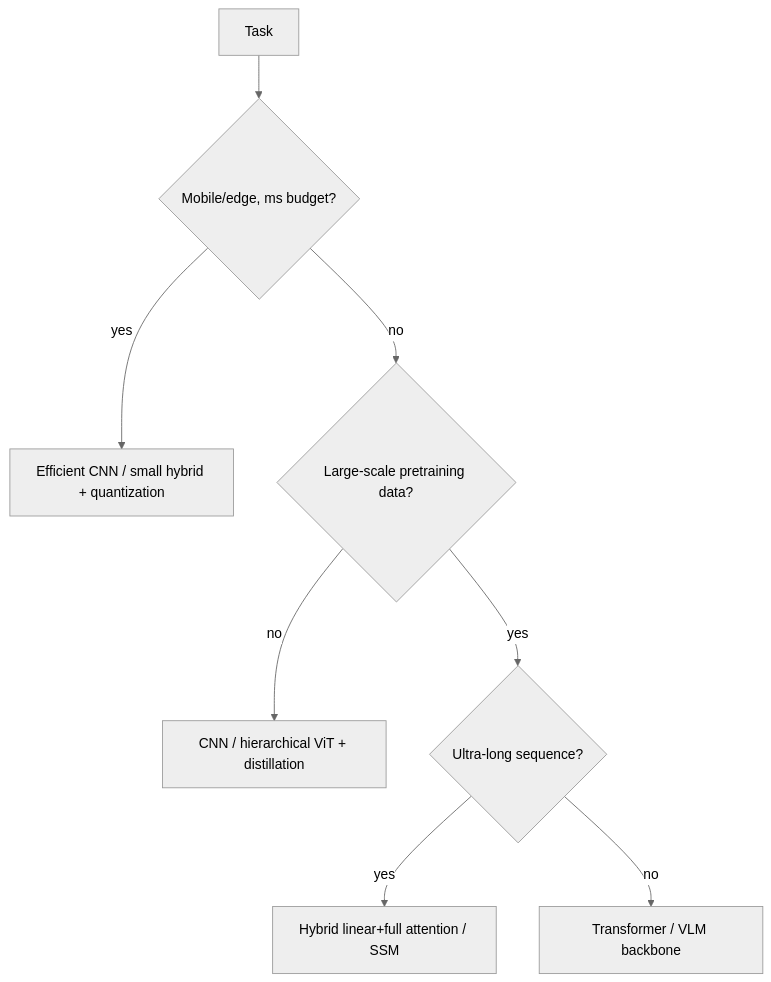
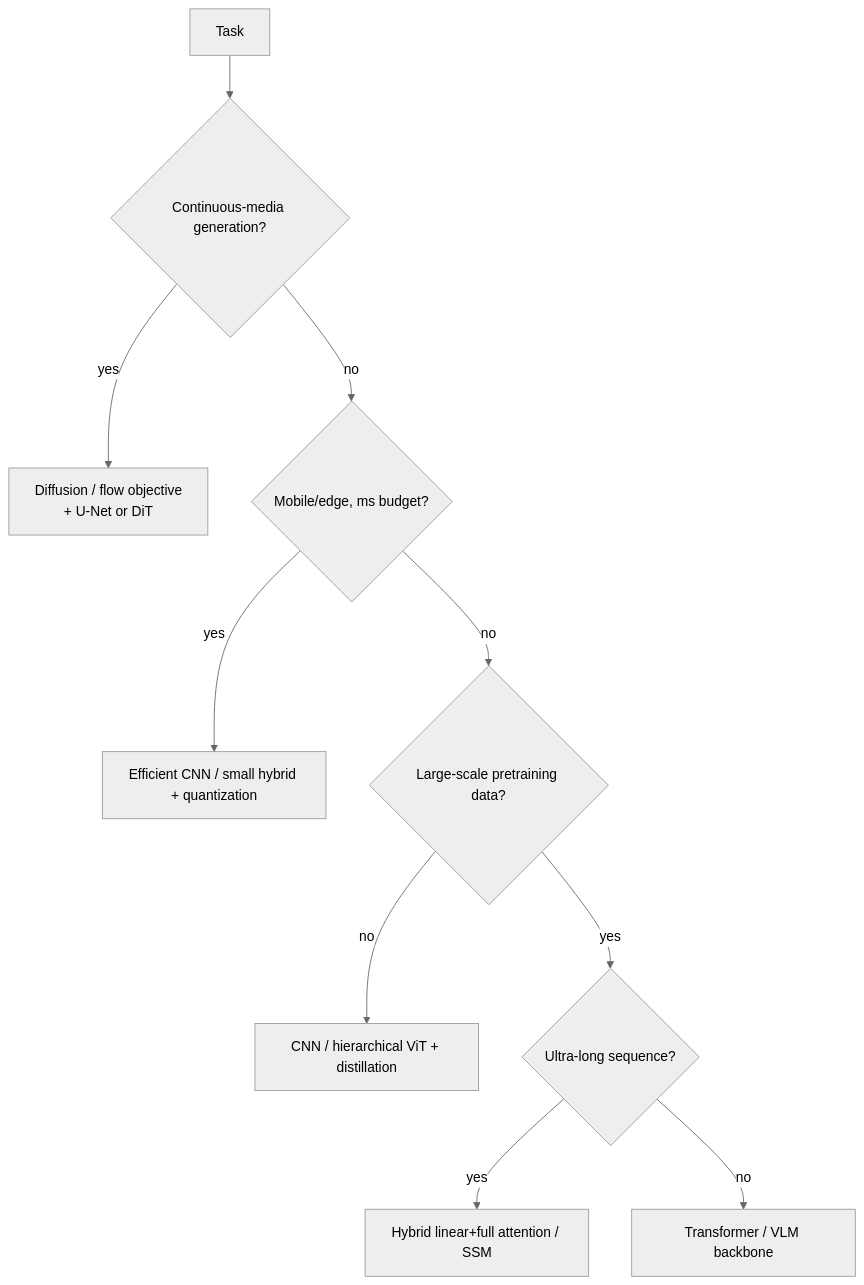
One commit to beomyoung-kim/ml_study changed the third of 3 diagrams in content/foundations/architectures.md. Above: the diagram before and after it, drawn with Mermaid (neutral theme). The commit also changed other lines of this file and 209 other files, not shown here.

````diff
--- a/content/foundations/architectures.md
+++ b/content/foundations/architectures.md
@@ -384,10 +500,12 @@
 ```mermaid
 flowchart TD
-  A[Task] --> B{Mobile/edge, ms budget?}
+  A[Task] --> G{Continuous-media generation?}
+  G -->|yes| H[Diffusion / flow objective<br/>+ U-Net or DiT]
+  G -->|no| B{Mobile/edge, ms budget?}
   B -->|yes| C[Efficient CNN / small hybrid + quantization]
   B -->|no| D{Large-scale pretraining data?}
   D -->|no| E[CNN / hierarchical ViT + distillation]
   D -->|yes| F{Ultra-long sequence?}
-  F -->|yes| G[Hybrid linear+full attention / SSM]
-  F -->|no| H[Transformer / VLM backbone]
+  F -->|yes| I[Hybrid linear+full attention / SSM]
+  F -->|no| J[Transformer / VLM backbone]
 ```
````
